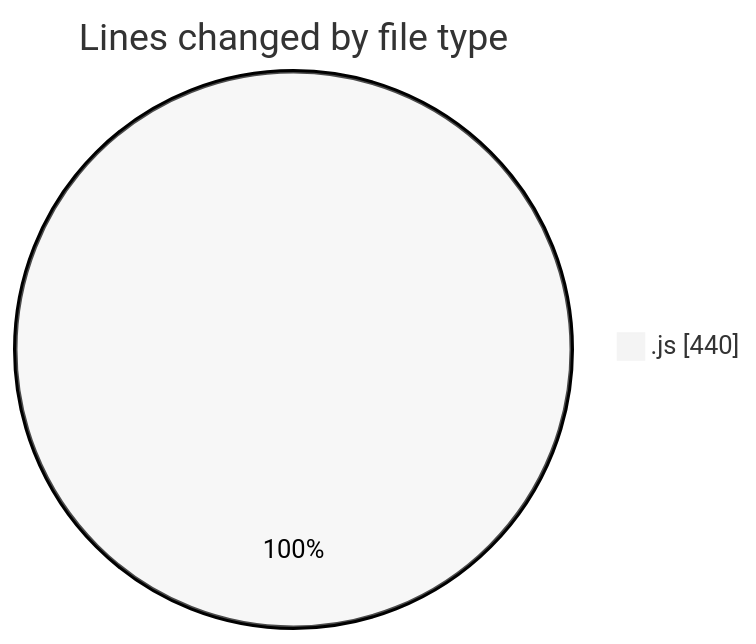
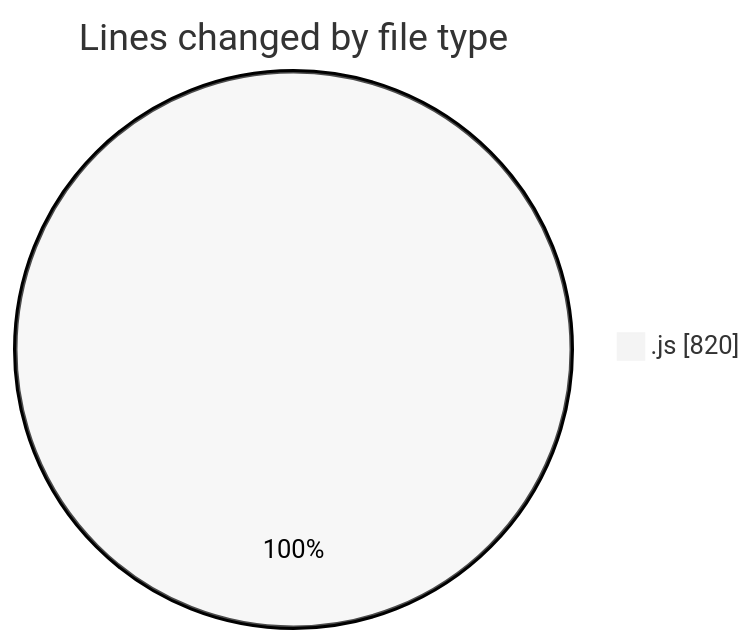
The first of 2 diagrams in 2025-10-10/nxtqube_webapp/README.md (nxtqubesakshisongat/code-tracking), drawn with Mermaid (neutral theme) before and after one commit. The commit also changed other lines of this file and 1 other file, not shown here.

````diff
--- a/2025-10-10/nxtqube_webapp/README.md
+++ b/2025-10-10/nxtqube_webapp/README.md
@@ -20,5 +20,5 @@
 ```mermaid
 pie showData
 title Lines changed by file type
-".js" : 440
+".js" : 820
 ```
````
